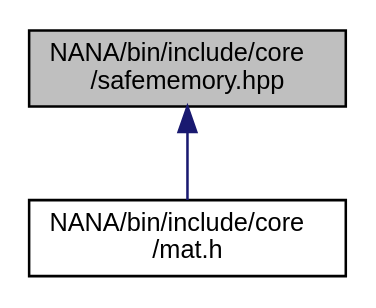
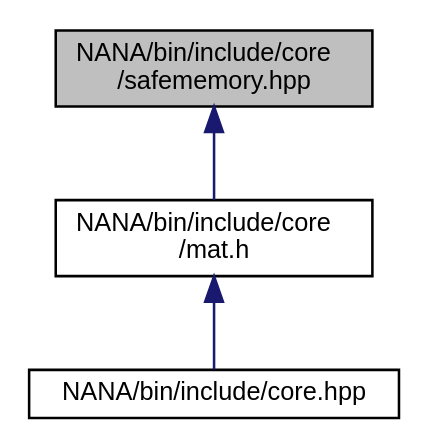
The diagram in docs/bin_2include_2core_2safememory_8hpp__dep__incl.dot (YuruTu/NANA), drawn with Graphviz before and after one commit. The commit also changed 206 other files, not shown here.

Commit message:
增加多视图几何模块

```diff
--- a/docs/bin_2include_2core_2safememory_8hpp__dep__incl.dot
+++ b/docs/bin_2include_2core_2safememory_8hpp__dep__incl.dot
@@ -1,9 +1,11 @@
 digraph "NANA/bin/include/core/safememory.hpp"
 {
  // LATEX_PDF_SIZE
   edge [fontname="Helvetica",fontsize="10",labelfontname="Helvetica",labelfontsize="10"];
   node [fontname="Helvetica",fontsize="10",shape=record];
   Node1 [label="NANA/bin/include/core\l/safememory.hpp",height=0.2,width=0.4,color="black", fillcolor="grey75", style="filled", fontcolor="black",tooltip="实现安全的内存管理"];
   Node1 -> Node2 [dir="back",color="midnightblue",fontsize="10",style="solid",fontname="Helvetica"];
   Node2 [label="NANA/bin/include/core\l/mat.h",height=0.2,width=0.4,color="black", fillcolor="white", style="filled",URL="$bin_2include_2core_2mat_8h.html",tooltip="实现一个用于矩阵运算的模板类(仍在实现当中)"];
+  Node2 -> Node3 [dir="back",color="midnightblue",fontsize="10",style="solid",fontname="Helvetica"];
+  Node3 [label="NANA/bin/include/core.hpp",height=0.2,width=0.4,color="black", fillcolor="white", style="filled",URL="$bin_2include_2core_8hpp.html",tooltip="包含基本的数据结构等"];
 }
```
